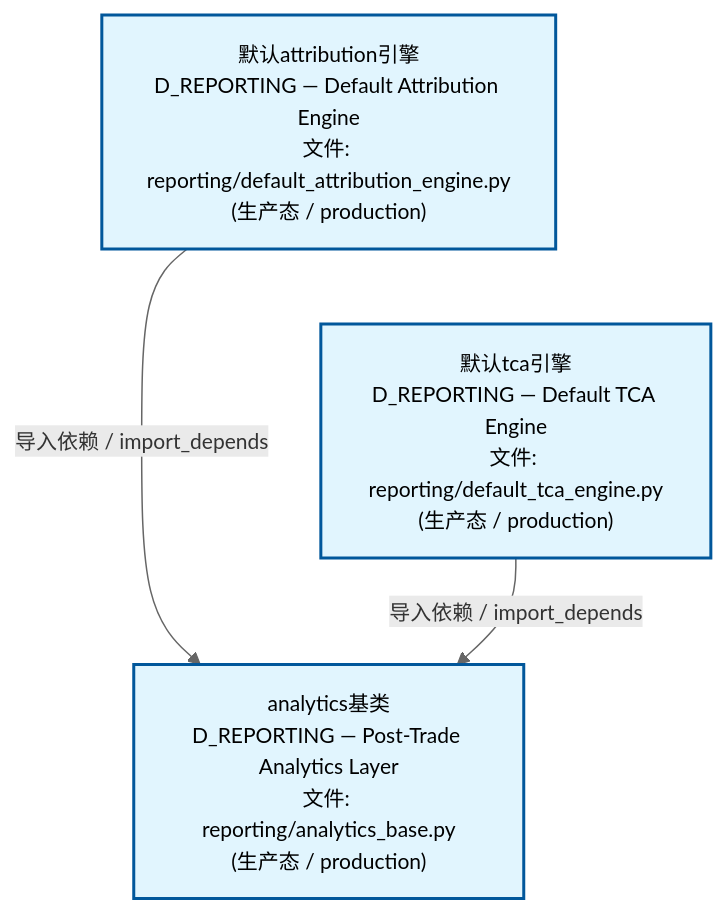
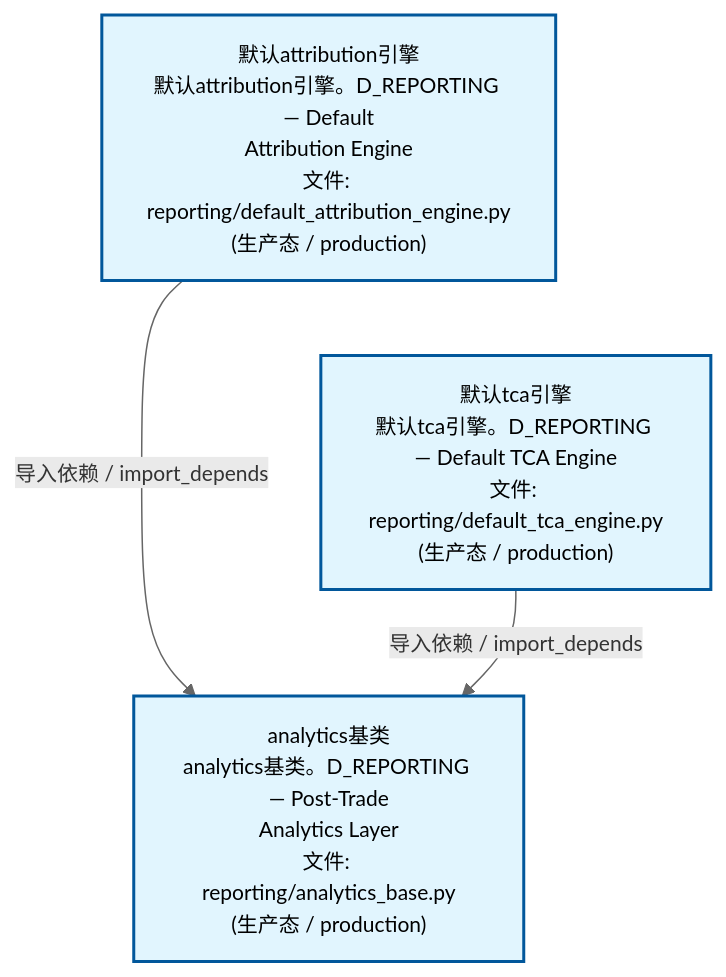
Before and after one commit to xuanFelixVan/ZephyrAlpha: the second of 4 diagrams in docs/02_enterprise_architecture/02_domain_architecture_docs/26_d_reporting.md, drawn with Mermaid. The commit also changed other lines of this file and 63 other files, not shown here.

````diff
--- a/docs/02_enterprise_architecture/02_domain_architecture_docs/26_d_reporting.md
+++ b/docs/02_enterprise_architecture/02_domain_architecture_docs/26_d_reporting.md
@@ -117,15 +117,15 @@
 ```mermaid
 %%{init: {'theme': 'base', 'themeVariables': {'primaryColor': '#eaeaea', 'primaryTextColor': '#333333', 'primaryBorderColor': '#666666', 'lineColor': '#666666', 'secondaryColor': '#eaeaea', 'tertiaryColor': '#eaeaea', 'fontSize': '14px'}}}%%
 flowchart TD
-    src_zephyr_reporting_default_attribution_engine_py["默认attribution引擎<br/>D_REPORTING — Default Attribution Engine<br/>文件: reporting/default_attribution_engine.py<br/>(生产态 / production)"]
-    src_zephyr_reporting_default_tca_engine_py["默认tca引擎<br/>D_REPORTING — Default TCA Engine<br/>文件: reporting/default_tca_engine.py<br/>(生产态 / production)"]
+    src_zephyr_reporting_default_attribution_engine_py["默认attribution引擎<br/>默认attribution引擎。D_REPORTING — Default<br/>Attribution Engine<br/>文件: reporting/default_attribution_engine.py<br/>(生产态 / production)"]
+    src_zephyr_reporting_default_tca_engine_py["默认tca引擎<br/>默认tca引擎。D_REPORTING — Default TCA Engine<br/>文件: reporting/default_tca_engine.py<br/>(生产态 / production)"]
     src_zephyr_reporting_default_attribution_engine_py ~~~ src_zephyr_reporting_default_tca_engine_py
-    src_zephyr_reporting_analytics_base_py["analytics基类<br/>D_REPORTING — Post-Trade Analytics Layer<br/>文件: reporting/analytics_base.py<br/>(生产态 / production)"]
+    src_zephyr_reporting_analytics_base_py["analytics基类<br/>analytics基类。D_REPORTING — Post-Trade<br/>Analytics Layer<br/>文件: reporting/analytics_base.py<br/>(生产态 / production)"]
     src_zephyr_reporting_default_attribution_engine_py -->|导入依赖 / import_depends| src_zephyr_reporting_analytics_base_py
     src_zephyr_reporting_default_tca_engine_py -->|导入依赖 / import_depends| src_zephyr_reporting_analytics_base_py
     classDef production fill:#e1f5fe,stroke:#01579b,stroke-width:2px,color:#000
     classDef design fill:#fff3e0,stroke:#e65100,stroke-width:2px,color:#000,stroke-dasharray: 5 5
     classDef external_prod fill:#e8f4fd,stroke:#0277bd,stroke-width:1px,color:#000
     classDef external_design fill:#fff8e7,stroke:#ef6c00,stroke-width:1px,color:#000,stroke-dasharray: 5 5
     class src_zephyr_reporting_analytics_base_py,src_zephyr_reporting_default_attribution_engine_py,src_zephyr_reporting_default_tca_engine_py production
 ```
````
